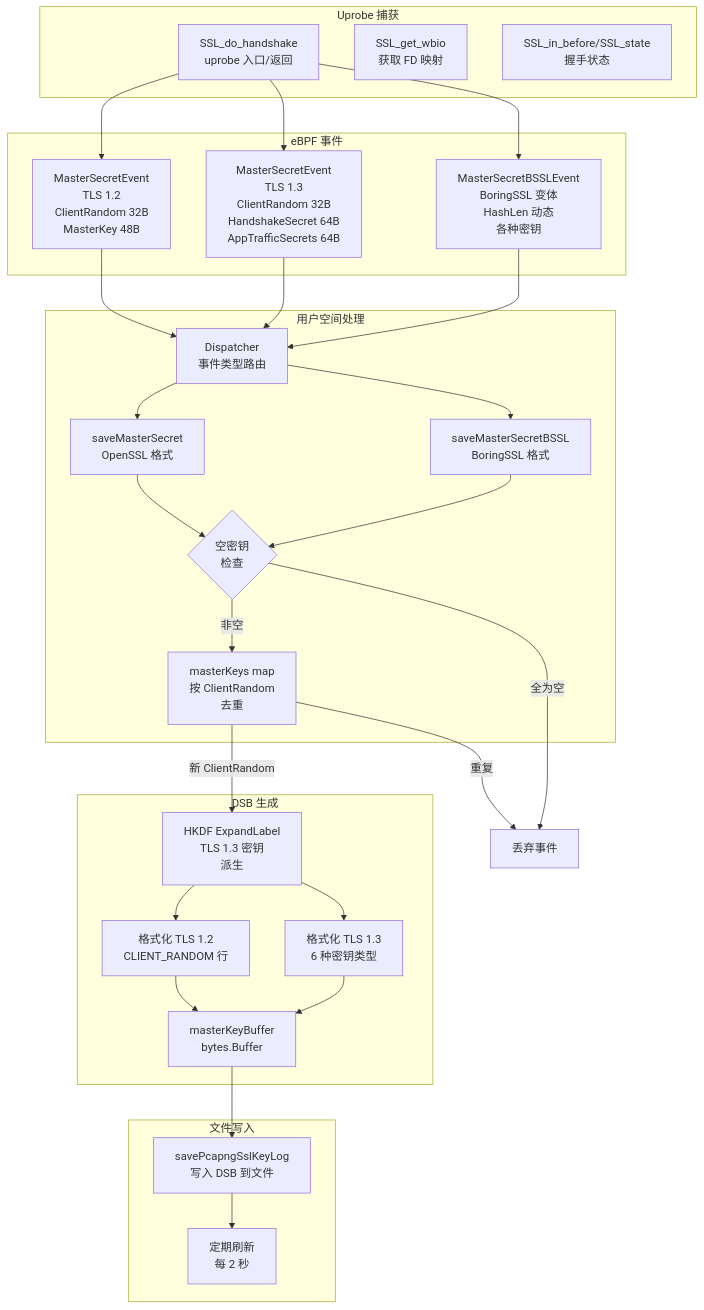
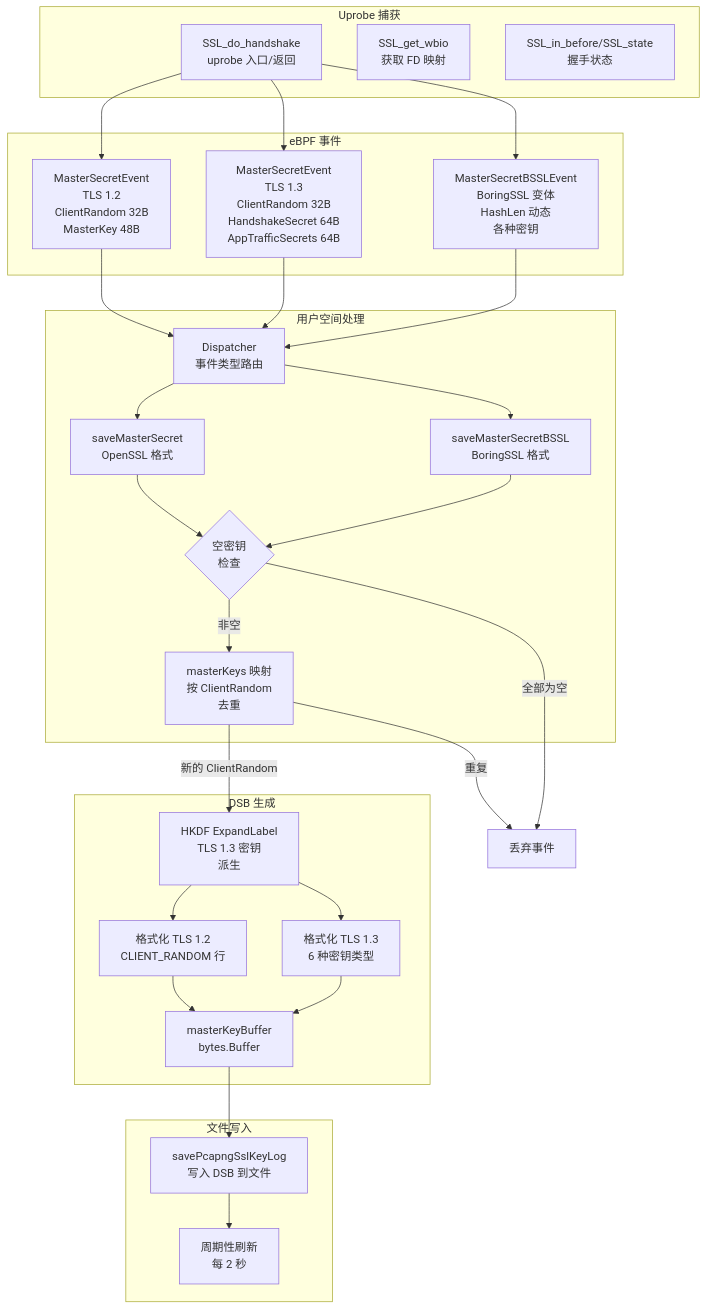
Before and after one commit to gojue/ecapture.cc: the fourth of 8 diagrams in src/zh/4-output-formats/4.2-pcap-integration.md, drawn with Mermaid. The commit also changed other lines of this file and 115 other files, not shown here.

````diff
--- a/src/zh/4-output-formats/4.2-pcap-integration.md
+++ b/src/zh/4-output-formats/4.2-pcap-integration.md
@@ -221,63 +226,63 @@
 ```mermaid
 graph TB
     subgraph "Uprobe 捕获"
-        SSL_HANDSHAKE[SSL_do_handshake<br/>uprobe 入口/返回]
-        SSL_WBIO[SSL_get_wbio<br/>获取 FD 映射]
-        SSL_STATE[SSL_in_before/SSL_state<br/>握手状态]
+        SSL_HANDSHAKE["SSL_do_handshake<br/>uprobe 入口/返回"]
+        SSL_WBIO["SSL_get_wbio<br/>获取 FD 映射"]
+        SSL_STATE["SSL_in_before/SSL_state<br/>握手状态"]
     end
     
     subgraph "eBPF 事件"
-        MS_EVENT_12[MasterSecretEvent<br/>TLS 1.2<br/>ClientRandom 32B<br/>MasterKey 48B]
-        MS_EVENT_13[MasterSecretEvent<br/>TLS 1.3<br/>ClientRandom 32B<br/>HandshakeSecret 64B<br/>AppTrafficSecrets 64B]
-        MS_EVENT_BSSL[MasterSecretBSSLEvent<br/>BoringSSL 变体<br/>HashLen 动态<br/>各种密钥]
+        MS_EVENT_12["MasterSecretEvent<br/>TLS 1.2<br/>ClientRandom 32B<br/>MasterKey 48B"]
+        MS_EVENT_13["MasterSecretEvent<br/>TLS 1.3<br/>ClientRandom 32B<br/>HandshakeSecret 64B<br/>AppTrafficSecrets 64B"]
+        MS_EVENT_BSSL["MasterSecretBSSLEvent<br/>BoringSSL 变体<br/>HashLen 动态<br/>各种密钥"]
     end
     
     subgraph "用户空间处理"
-        DISPATCHER[Dispatcher<br/>事件类型路由]
-        SAVE_MS[saveMasterSecret<br/>OpenSSL 格式]
-        SAVE_BSSL[saveMasterSecretBSSL<br/>BoringSSL 格式]
-        NULL_CHECK{空密钥<br/>检查}
-        DEDUP[masterKeys map<br/>按 ClientRandom<br/>去重]
+        DISPATCHER["Dispatcher<br/>事件类型路由"]
+        SAVE_MS["saveMasterSecret<br/>OpenSSL 格式"]
+        SAVE_BSSL["saveMasterSecretBSSL<br/>BoringSSL 格式"]
+        NULL_CHECK{"空密钥<br/>检查"}
+        DEDUP["masterKeys 映射<br/>按 ClientRandom<br/>去重"]
     end
     
     subgraph "DSB 生成"
-        HKDF_EXPAND[HKDF ExpandLabel<br/>TLS 1.3 密钥<br/>派生]
-        FORMAT_12[格式化 TLS 1.2<br/>CLIENT_RANDOM 行]
-        FORMAT_13[格式化 TLS 1.3<br/>6 种密钥类型]
-        BUFFER[masterKeyBuffer<br/>bytes.Buffer]
+        HKDF_EXPAND["HKDF ExpandLabel<br/>TLS 1.3 密钥<br/>派生"]
+        FORMAT_12["格式化 TLS 1.2<br/>CLIENT_RANDOM 行"]
+        FORMAT_13["格式化 TLS 1.3<br/>6 种密钥类型"]
+        BUFFER["masterKeyBuffer<br/>bytes.Buffer"]
     end
     
     subgraph "文件写入"
-        PCAP_WRITER[savePcapngSslKeyLog<br/>写入 DSB 到文件]
-        FLUSH[定期刷新<br/>每 2 秒]
+        PCAP_WRITER["savePcapngSslKeyLog<br/>写入 DSB 到文件"]
+        FLUSH["周期性刷新<br/>每 2 秒"]
     end
     
     SSL_HANDSHAKE --> MS_EVENT_12
     SSL_HANDSHAKE --> MS_EVENT_13
     SSL_HANDSHAKE --> MS_EVENT_BSSL
     
     MS_EVENT_12 --> DISPATCHER
     MS_EVENT_13 --> DISPATCHER
     MS_EVENT_BSSL --> DISPATCHER
     
     DISPATCHER --> SAVE_MS
     DISPATCHER --> SAVE_BSSL
     
     SAVE_MS --> NULL_CHECK
     SAVE_BSSL --> NULL_CHECK
     
-    NULL_CHECK -->|非空| DEDUP
-    NULL_CHECK -->|全为空| DROP[丢弃事件]
+    NULL_CHECK -->|"非空"| DEDUP
+    NULL_CHECK -->|"全部为空"| DROP["丢弃事件"]
     
-    DEDUP -->|新 ClientRandom| HKDF_EXPAND
-    DEDUP -->|重复| DROP
+    DEDUP -->|"新的 ClientRandom"| HKDF_EXPAND
+    DEDUP -->|"重复"| DROP
     
     HKDF_EXPAND --> FORMAT_12
     HKDF_EXPAND --> FORMAT_13
     
     FORMAT_12 --> BUFFER
     FORMAT_13 --> BUFFER
     
     BUFFER --> PCAP_WRITER
     PCAP_WRITER --> FLUSH
 ```
````
